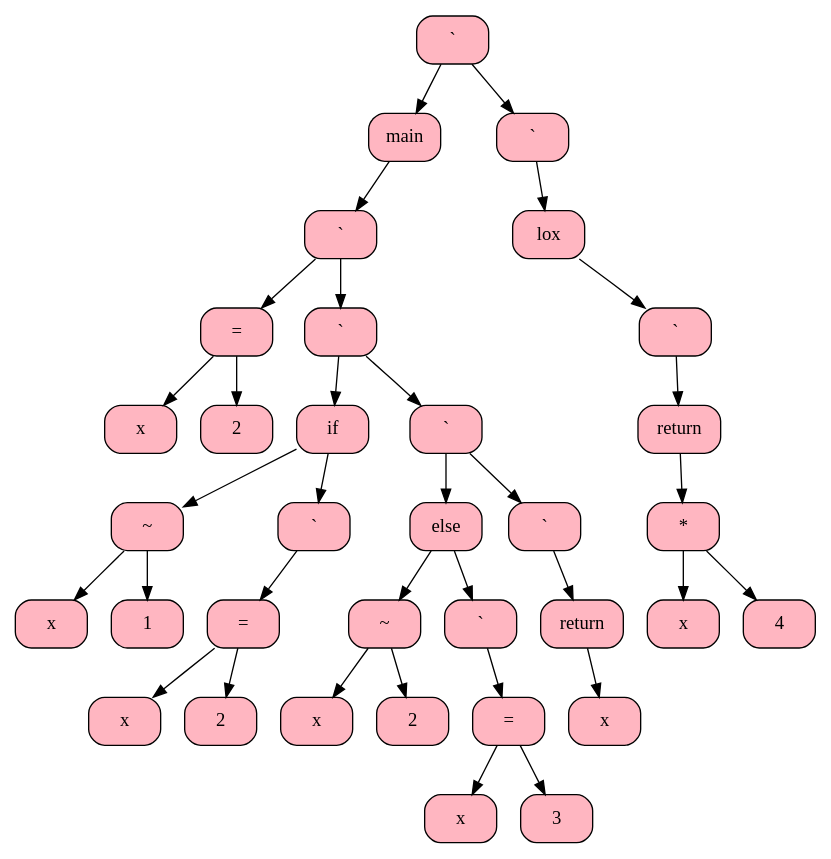
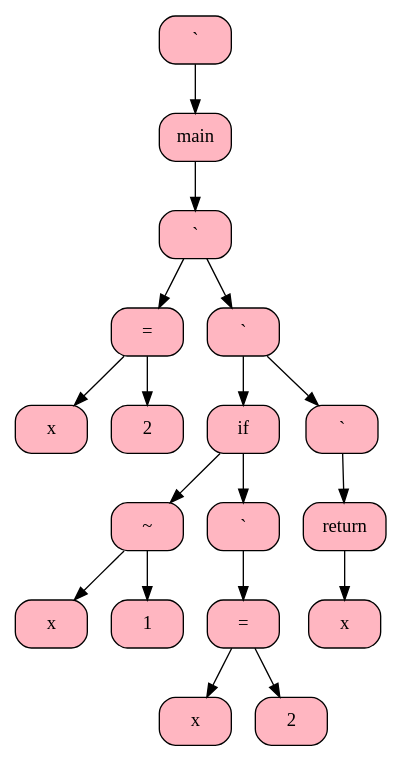
The diagram in front/tree.dot (SashaOiya/Female-language), drawn with Graphviz before and after one commit. The commit also changed 13 other files, not shown here.

```diff
--- a/front/tree.dot
+++ b/front/tree.dot
@@ -1,65 +1,35 @@
 digraph G { 
 node [shape = record];
- "001F86F8"  "001F86F8" [shape = Mrecord, style = filled, fillcolor = lightpink  label = "` "];
-"001F86F8" -> "001F1628" 
- "001F86F8" -> "001F8788" 
- "001F1628" [shape = Mrecord, style = filled, fillcolor = lightpink  label = "main "];
+ "00798D78"  "00798D78" [shape = Mrecord, style = filled, fillcolor = lightpink  label = "` "];
+"00798D78" -> "00791628"  "00791628" [shape = Mrecord, style = filled, fillcolor = lightpink  label = "main "];
 
- "001F1628" -> "001F8668" 
- "001F8668" [shape = Mrecord, style = filled, fillcolor = lightpink  label = "` "];
-"001F8668" -> "001F1900" 
- "001F8668" -> "001F8620" 
- "001F1900" [shape = Mrecord, style = filled, fillcolor = lightpink  label = "= "];
-"001F1900" -> "001F18D0" 
- "001F1900" -> "001F18E8" 
- "001F18D0" [shape = Mrecord, style = filled, fillcolor = lightpink  label = "x "];
- "001F18E8" [shape = Mrecord, style = filled, fillcolor = lightpink  label = "2 "];
- "001F8620" [shape = Mrecord, style = filled, fillcolor = lightpink  label = "` "];
-"001F8620" -> "001F0538" 
- "001F8620" -> "001F8638" 
- "001F0538" [shape = Mrecord, style = filled, fillcolor = lightpink  label = "if "];
-"001F0538" -> "001F04C0" 
- "001F0538" -> "001F0520" 
- "001F04C0" [shape = Mrecord, style = filled, fillcolor = lightpink  label = "~ "];
-"001F04C0" -> "001F1918" 
- "001F04C0" -> "001F1930" 
- "001F1918" [shape = Mrecord, style = filled, fillcolor = lightpink  label = "x "];
- "001F1930" [shape = Mrecord, style = filled, fillcolor = lightpink  label = "1 "];
- "001F0520" [shape = Mrecord, style = filled, fillcolor = lightpink  label = "` "];
-"001F0520" -> "001F0508"  "001F0508" [shape = Mrecord, style = filled, fillcolor = lightpink  label = "= "];
-"001F0508" -> "001F04D8" 
- "001F0508" -> "001F04F0" 
- "001F04D8" [shape = Mrecord, style = filled, fillcolor = lightpink  label = "x "];
- "001F04F0" [shape = Mrecord, style = filled, fillcolor = lightpink  label = "2 "];
- "001F8638" [shape = Mrecord, style = filled, fillcolor = lightpink  label = "` "];
-"001F8638" -> "001F87D0" 
- "001F8638" -> "001F8650" 
- "001F87D0" [shape = Mrecord, style = filled, fillcolor = lightpink  label = "else "];
-"001F87D0" -> "001F0580" 
- "001F87D0" -> "001F8728" 
- "001F0580" [shape = Mrecord, style = filled, fillcolor = lightpink  label = "~ "];
-"001F0580" -> "001F0550" 
- "001F0580" -> "001F0568" 
- "001F0550" [shape = Mrecord, style = filled, fillcolor = lightpink  label = "x "];
- "001F0568" [shape = Mrecord, style = filled, fillcolor = lightpink  label = "2 "];
- "001F8728" [shape = Mrecord, style = filled, fillcolor = lightpink  label = "` "];
-"001F8728" -> "001F86B0"  "001F86B0" [shape = Mrecord, style = filled, fillcolor = lightpink  label = "= "];
-"001F86B0" -> "001F8710" 
- "001F86B0" -> "001F87A0" 
- "001F8710" [shape = Mrecord, style = filled, fillcolor = lightpink  label = "x "];
- "001F87A0" [shape = Mrecord, style = filled, fillcolor = lightpink  label = "3 "];
- "001F8650" [shape = Mrecord, style = filled, fillcolor = lightpink  label = "` "];
-"001F8650" -> "001F8740"  "001F8740" [shape = Mrecord, style = filled, fillcolor = lightpink  label = "return "];
-"001F8740" -> "001F8608"  "001F8608" [shape = Mrecord, style = filled, fillcolor = lightpink  label = "x "];
- "001F8788" [shape = Mrecord, style = filled, fillcolor = lightpink  label = "` "];
-"001F8788" -> "001F8698"  "001F8698" [shape = Mrecord, style = filled, fillcolor = lightpink  label = "lox "];
-
- "001F8698" -> "001F86E0" 
- "001F86E0" [shape = Mrecord, style = filled, fillcolor = lightpink  label = "` "];
-"001F86E0" -> "001F86C8"  "001F86C8" [shape = Mrecord, style = filled, fillcolor = lightpink  label = "return "];
-"001F86C8" -> "001F8770"  "001F8770" [shape = Mrecord, style = filled, fillcolor = lightpink  label = "* "];
-"001F8770" -> "001F87B8" 
- "001F8770" -> "001F8680" 
- "001F87B8" [shape = Mrecord, style = filled, fillcolor = lightpink  label = "x "];
- "001F8680" [shape = Mrecord, style = filled, fillcolor = lightpink  label = "4 "];
+ "00791628" -> "00798E08" 
+ "00798E08" [shape = Mrecord, style = filled, fillcolor = lightpink  label = "` "];
+"00798E08" -> "00791828" 
+ "00798E08" -> "00798DF0" 
+ "00791828" [shape = Mrecord, style = filled, fillcolor = lightpink  label = "= "];
+"00791828" -> "007917F8" 
+ "00791828" -> "00791810" 
+ "007917F8" [shape = Mrecord, style = filled, fillcolor = lightpink  label = "x "];
+ "00791810" [shape = Mrecord, style = filled, fillcolor = lightpink  label = "2 "];
+ "00798DF0" [shape = Mrecord, style = filled, fillcolor = lightpink  label = "` "];
+"00798DF0" -> "007904F0" 
+ "00798DF0" -> "00790538" 
+ "007904F0" [shape = Mrecord, style = filled, fillcolor = lightpink  label = "if "];
+"007904F0" -> "00791870" 
+ "007904F0" -> "007904D8" 
+ "00791870" [shape = Mrecord, style = filled, fillcolor = lightpink  label = "~ "];
+"00791870" -> "00791840" 
+ "00791870" -> "00791858" 
+ "00791840" [shape = Mrecord, style = filled, fillcolor = lightpink  label = "x "];
+ "00791858" [shape = Mrecord, style = filled, fillcolor = lightpink  label = "1 "];
+ "007904D8" [shape = Mrecord, style = filled, fillcolor = lightpink  label = "` "];
+"007904D8" -> "007904C0"  "007904C0" [shape = Mrecord, style = filled, fillcolor = lightpink  label = "= "];
+"007904C0" -> "00791888" 
+ "007904C0" -> "007918A0" 
+ "00791888" [shape = Mrecord, style = filled, fillcolor = lightpink  label = "x "];
+ "007918A0" [shape = Mrecord, style = filled, fillcolor = lightpink  label = "2 "];
+ "00790538" [shape = Mrecord, style = filled, fillcolor = lightpink  label = "` "];
+"00790538" -> "00790520"  "00790520" [shape = Mrecord, style = filled, fillcolor = lightpink  label = "return "];
+"00790520" -> "00790508"  "00790508" [shape = Mrecord, style = filled, fillcolor = lightpink  label = "x "];
 }
```
